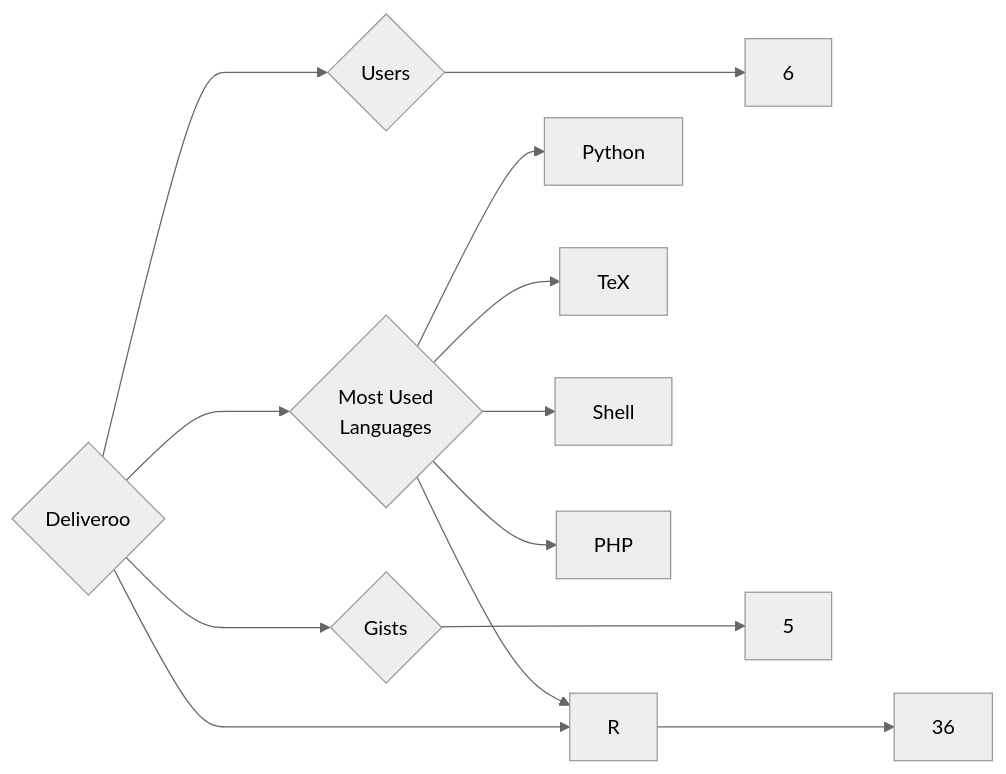
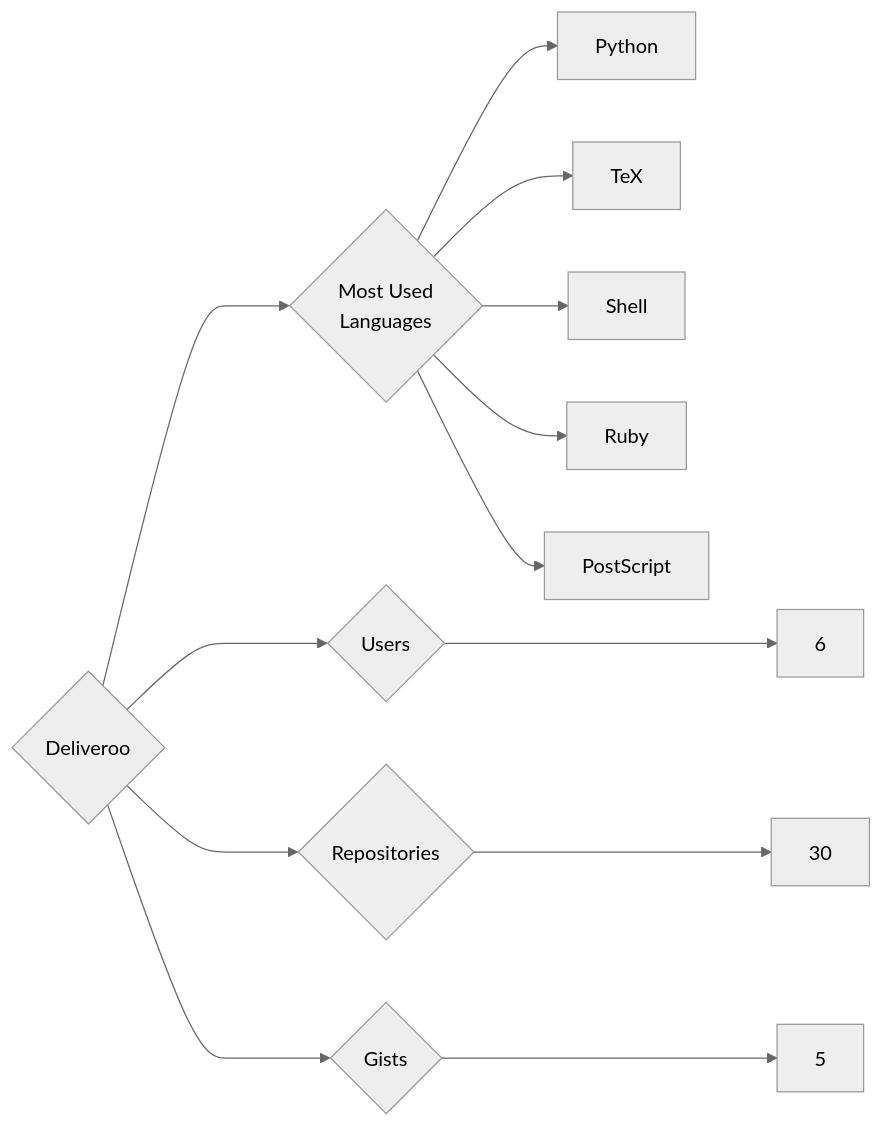
Before and after one commit to trickest/insiders: the diagram in targets/Deliveroo/README.md, drawn with Mermaid (neutral theme). The commit also changed 1055 other files, not shown here.

````diff
--- a/targets/Deliveroo/README.md
+++ b/targets/Deliveroo/README.md
@@ -3,13 +3,13 @@
 ```mermaid
 graph LR
 COMPANY_NAME{Deliveroo}
 COMPANY_NAME ---> U{Users} ---> UN[6]
-COMPANY_NAME ---> R{Repositories} ---> RN[36]
+COMPANY_NAME ---> R{Repositories} ---> RN[30]
 COMPANY_NAME ---> G{Gists} ---> GN[5]
 COMPANY_NAME ---> ML{Most Used<br>Languages}
 ML --> Python[Python]
 ML --> TeX[TeX]
-ML --> R[R]
 ML --> Shell[Shell]
-ML --> PHP[PHP]
+ML --> Ruby[Ruby]
+ML --> PostScript[PostScript]
 ```
````
